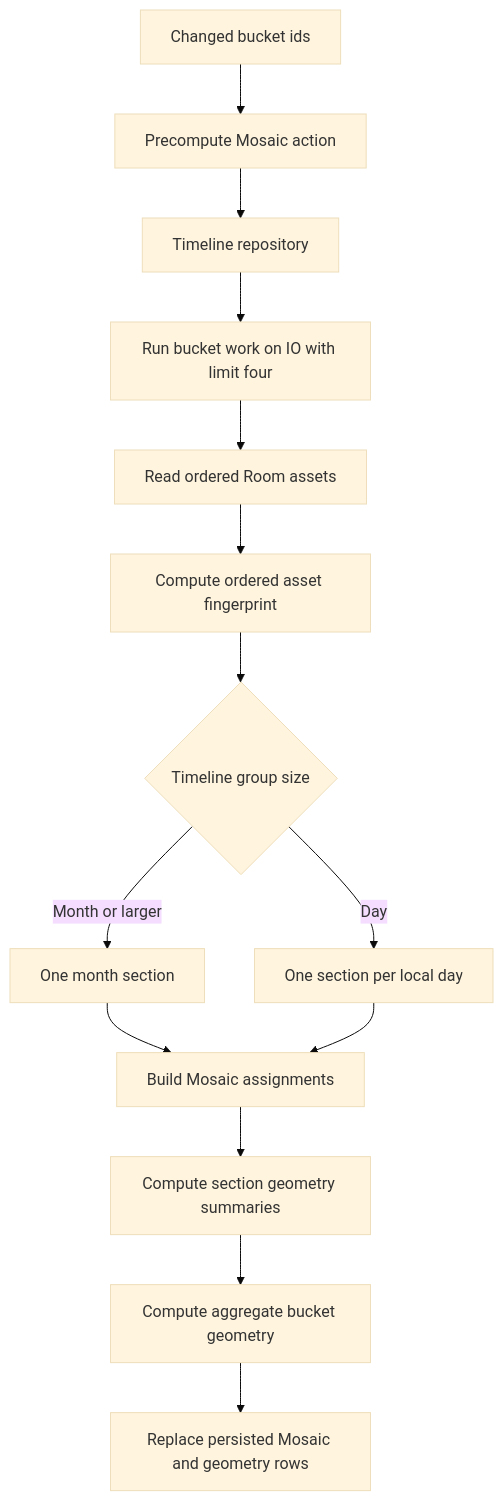
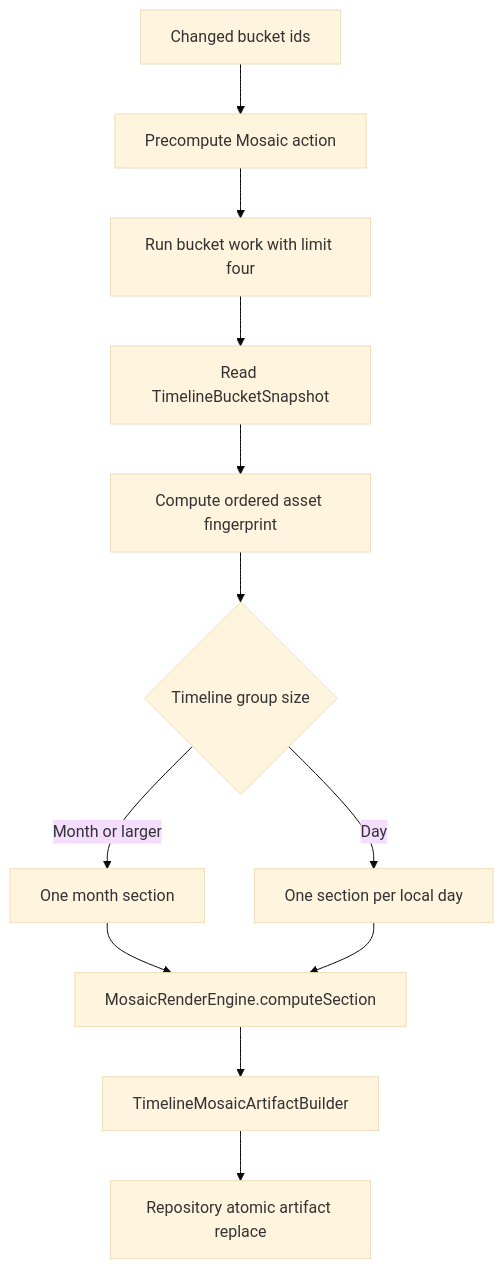
One commit to ch4ndu/ImmichGallery changed the third of 6 diagrams in docs/timeline.md. Above: the diagram before and after it, drawn with Mermaid (base theme). The commit also changed other lines of this file and 41 other files, not shown here.

Commit message:
Complete mosaic cache artifact refactor

````diff
--- a/docs/timeline.md
+++ b/docs/timeline.md
@@ -332,16 +338,14 @@
 ```mermaid
 graph TD
     changed["Changed bucket ids"] --> action["Precompute Mosaic action"]
-    action --> repository["Timeline repository"]
-    repository --> parallel["Run bucket work on IO with limit four"]
-    parallel --> assets["Read ordered Room assets"]
-    assets --> fingerprint["Compute ordered asset fingerprint"]
+    action --> parallel["Run bucket work with limit four"]
+    parallel --> snapshot["Read TimelineBucketSnapshot"]
+    snapshot --> fingerprint["Compute ordered asset fingerprint"]
     fingerprint --> sections{"Timeline group size"}
     sections -->|Month or larger| month["One month section"]
     sections -->|Day| days["One section per local day"]
-    month --> assign["Build Mosaic assignments"]
+    month --> assign["MosaicRenderEngine.computeSection"]
     days --> assign
-    assign --> geometry["Compute section geometry summaries"]
-    geometry --> aggregate["Compute aggregate bucket geometry"]
-    aggregate --> persist["Replace persisted Mosaic and geometry rows"]
+    assign --> builder["TimelineMosaicArtifactBuilder"]
+    builder --> persist["Repository atomic artifact replace"]
 ```
````
